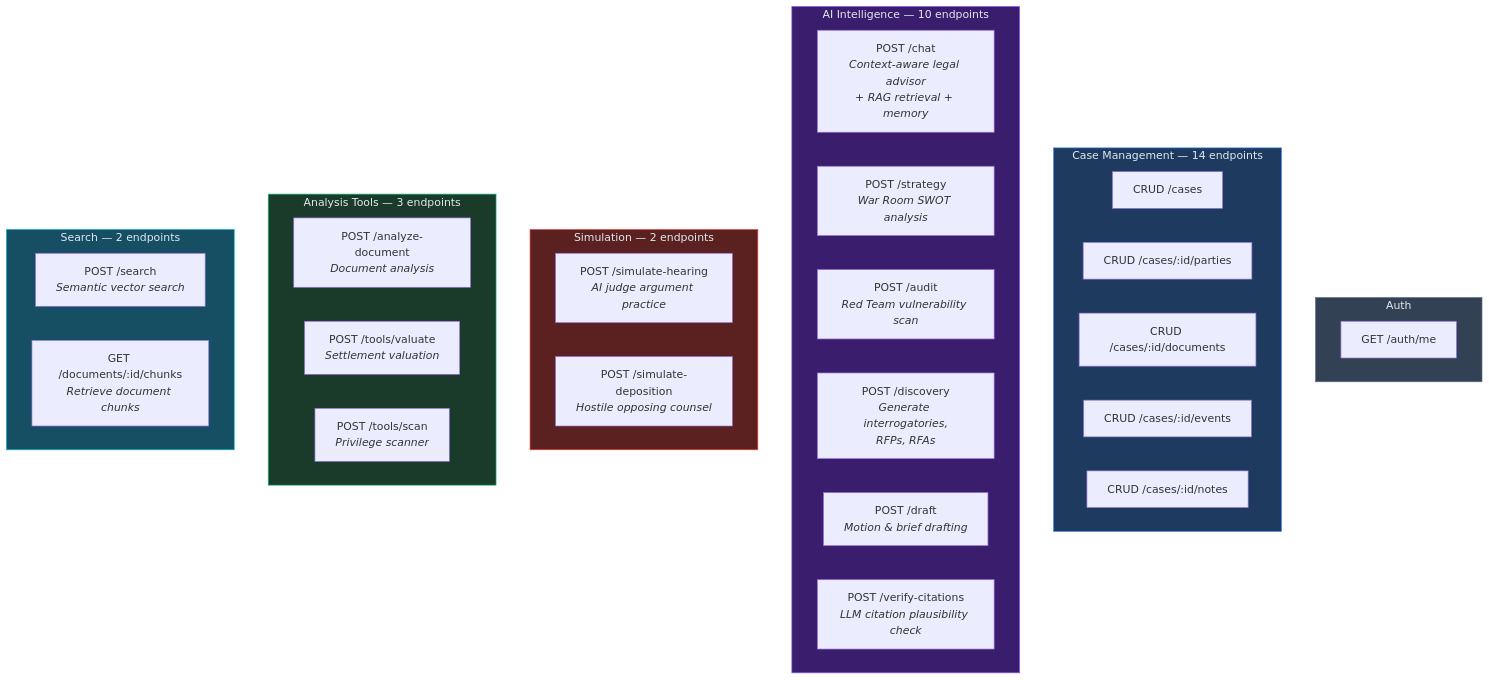
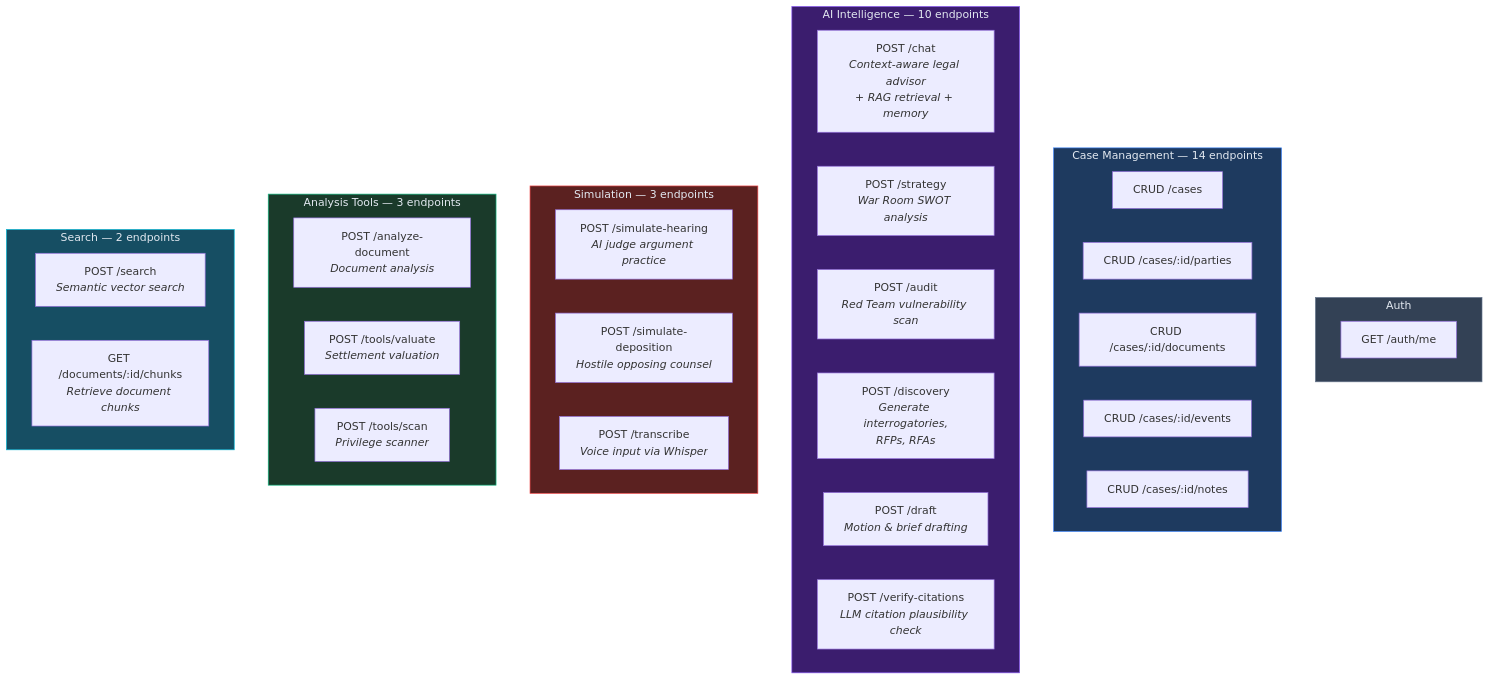
One commit to EolaFam1828/AetherLegalIntelligence changed the seventh of 11 diagrams in ARCHITECTURE.md. Above: the diagram before and after it, drawn with Mermaid. The commit also changed other lines of this file and 1 other file, not shown here.

Commit message:
Add Whisper transcription to architecture docs and tech stack
Reflects the OpenAI Whisper API integration for voice input
in hearing and deposition simulators.

````diff
--- a/ARCHITECTURE.md
+++ b/ARCHITECTURE.md
@@ -357,46 +357,47 @@
 ```mermaid
 flowchart TB
     subgraph AUTH["Auth"]
         A1["GET /auth/me"]
     end
 
     subgraph CASE_MGMT["Case Management — 14 endpoints"]
         C1["CRUD /cases"]
         C2["CRUD /cases/:id/parties"]
         C3["CRUD /cases/:id/documents"]
         C4["CRUD /cases/:id/events"]
         C5["CRUD /cases/:id/notes"]
     end
 
     subgraph AI_INTEL["AI Intelligence — 10 endpoints"]
         I1["POST /chat<br/><i>Context-aware legal advisor<br/>+ RAG retrieval + memory</i>"]
         I2["POST /strategy<br/><i>War Room SWOT analysis</i>"]
         I3["POST /audit<br/><i>Red Team vulnerability scan</i>"]
         I4["POST /discovery<br/><i>Generate interrogatories,<br/>RFPs, RFAs</i>"]
         I5["POST /draft<br/><i>Motion & brief drafting</i>"]
         I6["POST /verify-citations<br/><i>LLM citation plausibility check</i>"]
     end
 
-    subgraph SIMULATION["Simulation — 2 endpoints"]
+    subgraph SIMULATION["Simulation — 3 endpoints"]
         S1["POST /simulate-hearing<br/><i>AI judge argument practice</i>"]
         S2["POST /simulate-deposition<br/><i>Hostile opposing counsel</i>"]
+        S3["POST /transcribe<br/><i>Voice input via Whisper</i>"]
     end
 
     subgraph TOOLS["Analysis Tools — 3 endpoints"]
         T1["POST /analyze-document<br/><i>Document analysis</i>"]
         T2["POST /tools/valuate<br/><i>Settlement valuation</i>"]
         T3["POST /tools/scan<br/><i>Privilege scanner</i>"]
     end
 
     subgraph SEARCH["Search — 2 endpoints"]
         SE1["POST /search<br/><i>Semantic vector search</i>"]
         SE2["GET /documents/:id/chunks<br/><i>Retrieve document chunks</i>"]
     end
 
     style AUTH fill:#334155,stroke:#64748b,color:#e2e8f0
     style CASE_MGMT fill:#1e3a5f,stroke:#3b82f6,color:#e2e8f0
     style AI_INTEL fill:#3b1d6e,stroke:#8b5cf6,color:#e2e8f0
     style SIMULATION fill:#5b2120,stroke:#ef4444,color:#e2e8f0
     style TOOLS fill:#1a3a2a,stroke:#10b981,color:#e2e8f0
     style SEARCH fill:#164e63,stroke:#06b6d4,color:#e2e8f0
 ```
````
